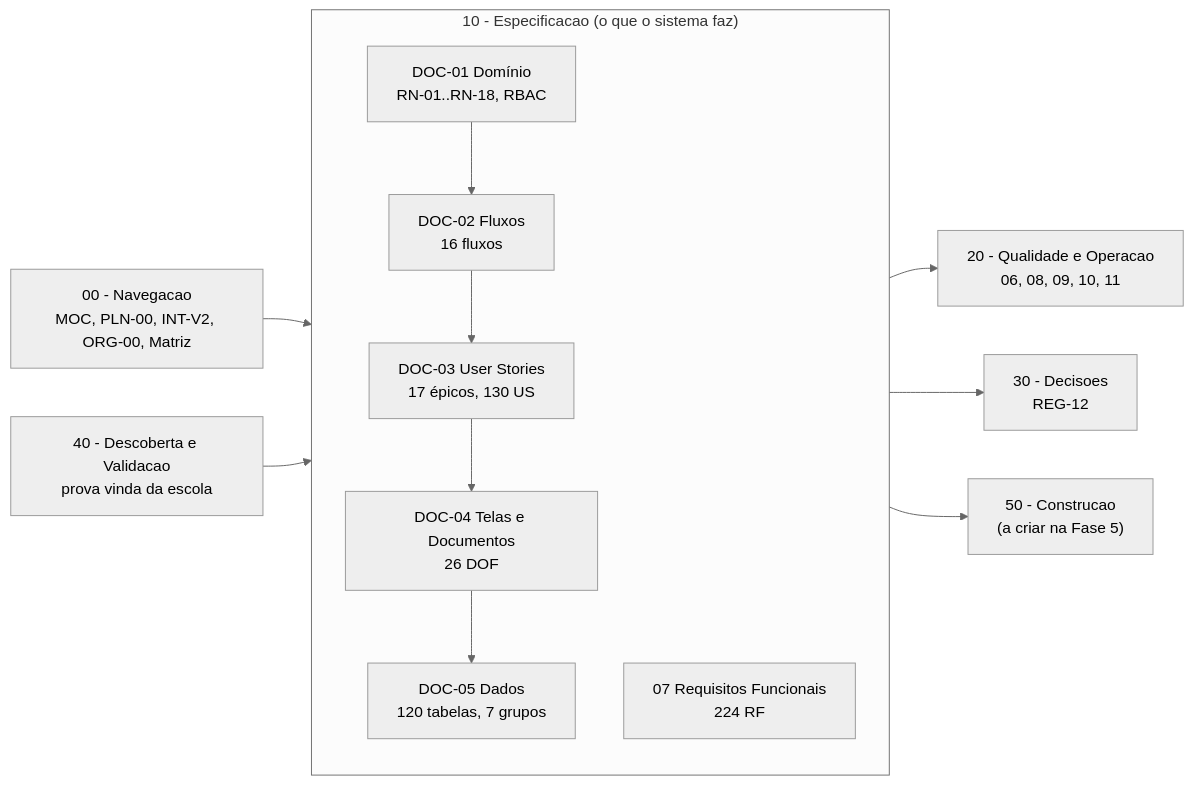
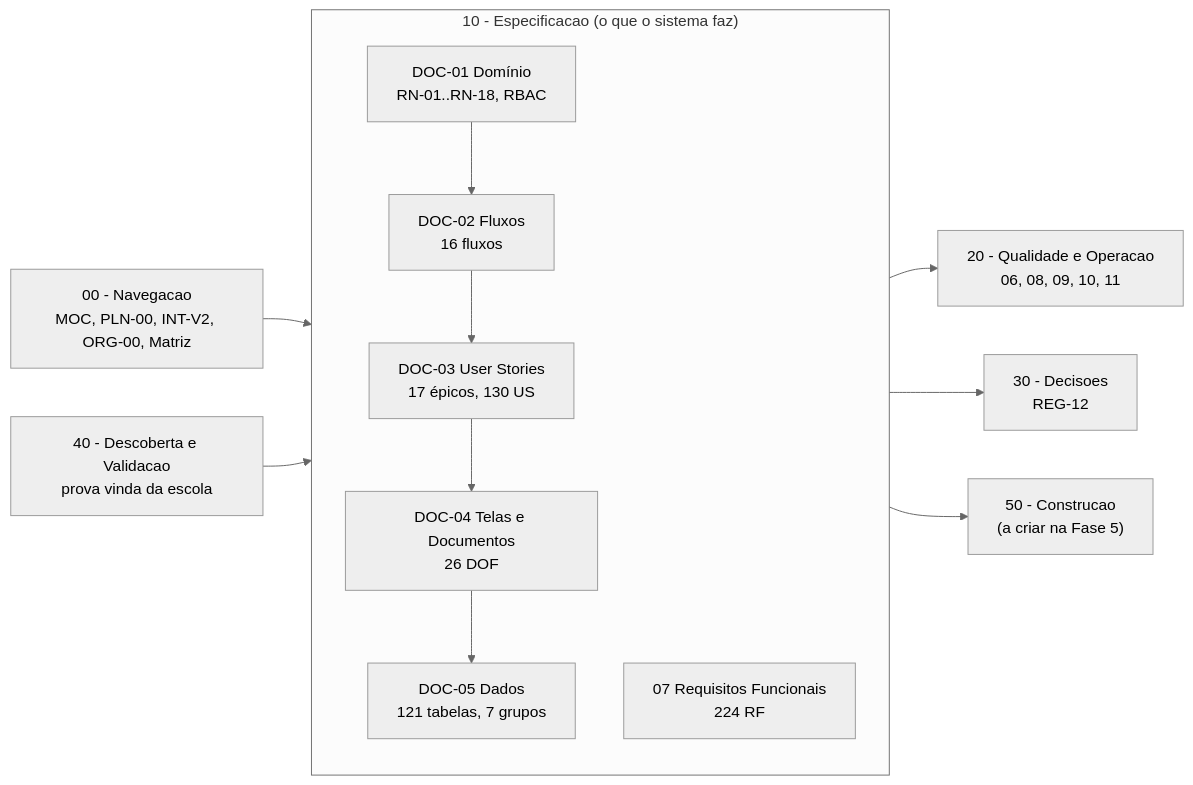
Before and after one commit to Angeloaqp/sge-ipcag-12008: the diagram in 01 - Projetos/SGE - IPCAG 12008 BGO/00 - Navegacao/00 - MOC SGE IPCAG 12008 BGO.md, drawn with Mermaid (neutral theme). The commit also changed other lines of this file and 11 other files, not shown here.

````diff
--- a/01 - Projetos/SGE - IPCAG 12008 BGO/00 - Navegacao/00 - MOC SGE IPCAG 12008 BGO.md
+++ b/01 - Projetos/SGE - IPCAG 12008 BGO/00 - Navegacao/00 - MOC SGE IPCAG 12008 BGO.md
@@ -51,15 +51,15 @@
 ```mermaid
 flowchart LR
     MOC["00 - Navegacao<br>MOC, PLN-00, INT-V2, ORG-00, Matriz"] --> ESP
     subgraph ESP["10 - Especificacao (o que o sistema faz)"]
         D1["DOC-01 Domínio<br>RN-01..RN-18, RBAC"] --> D2["DOC-02 Fluxos<br>16 fluxos"]
         D2 --> D3["DOC-03 User Stories<br>17 épicos, 130 US"]
         D3 --> D4["DOC-04 Telas e Documentos<br>26 DOF"]
-        D4 --> D5["DOC-05 Dados<br>120 tabelas, 7 grupos"]
+        D4 --> D5["DOC-05 Dados<br>121 tabelas, 7 grupos"]
         RF["07 Requisitos Funcionais<br>224 RF"]
     end
     ESP --> QO["20 - Qualidade e Operacao<br>06, 08, 09, 10, 11"]
     ESP --> DEC["30 - Decisoes<br>REG-12"]
     DESC["40 - Descoberta e Validacao<br>prova vinda da escola"] --> ESP
     ESP --> CON["50 - Construcao<br>(a criar na Fase 5)"]
 ```
````
